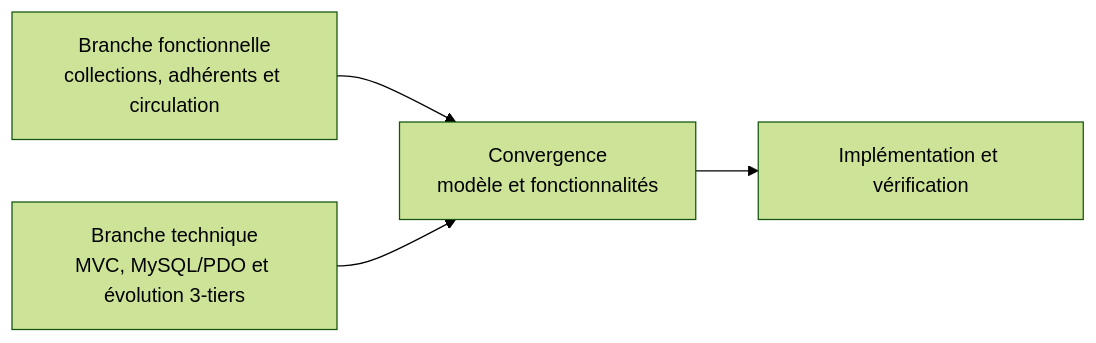
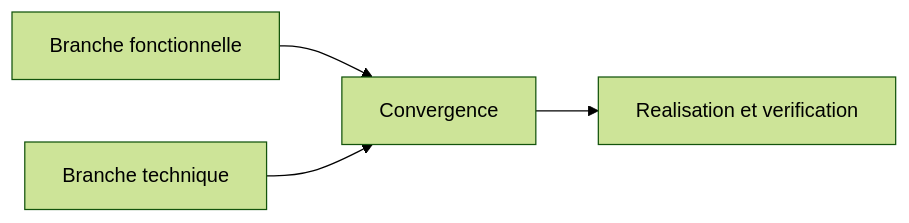
One commit to elfaquihiayoub/mobile-projet-fil-rouge changed the first of 5 diagrams in session-4/rapport/rapport-final.md. Above: the diagram before and after it, drawn with Mermaid (forest theme). The commit also changed other lines of this file and 1 other file, not shown here.

Commit message:
add projet technique and editing projet technique

````diff
--- a/session-4/rapport/rapport-final.md
+++ b/session-4/rapport/rapport-final.md
@@ -154,8 +154,6 @@
 ```mermaid
-flowchart LR
-    F[Branche fonctionnelle<br/>collections, adhérents et circulation]
-    T[Branche technique<br/>MVC, MySQL/PDO et évolution 3-tiers]
-    F --> C[Convergence<br/>modèle et fonctionnalités]
-    T --> C
-    C --> R[Implémentation et vérification]
+graph LR
+    F[Branche fonctionnelle] --> C[Convergence]
+    T[Branche technique] --> C
+    C --> R[Realisation et verification]
 ```
````
